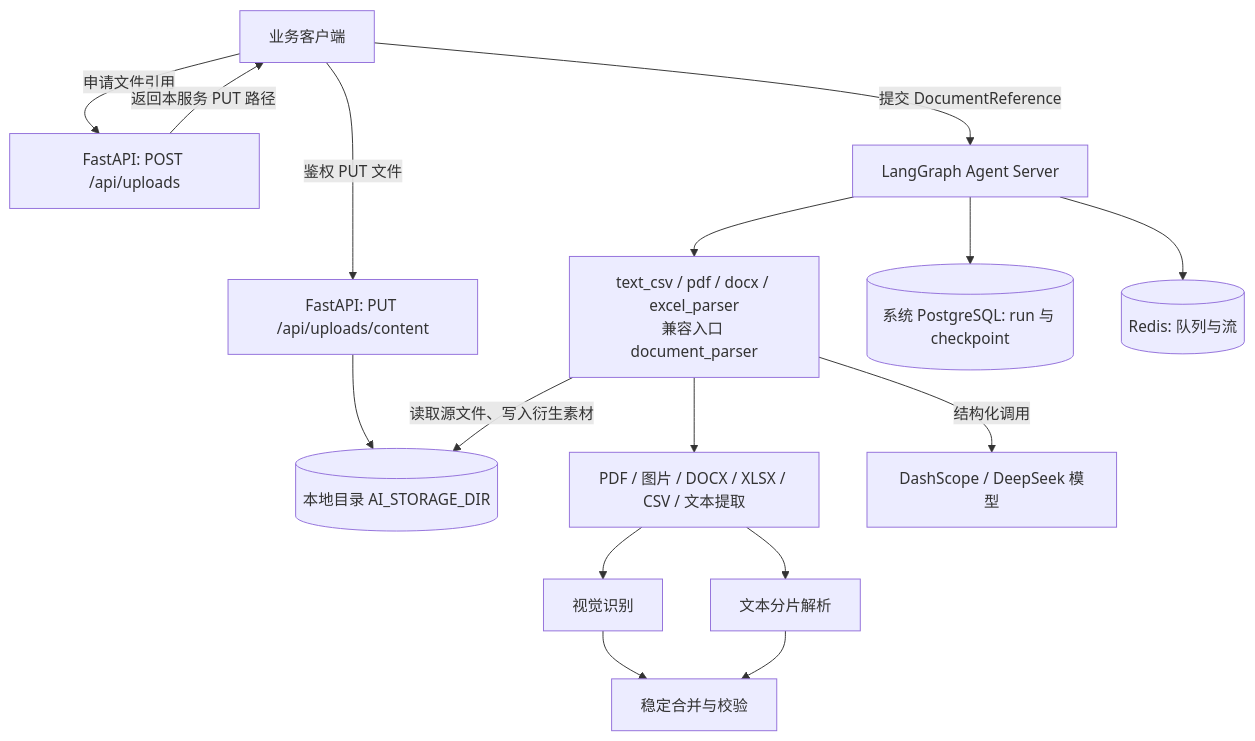
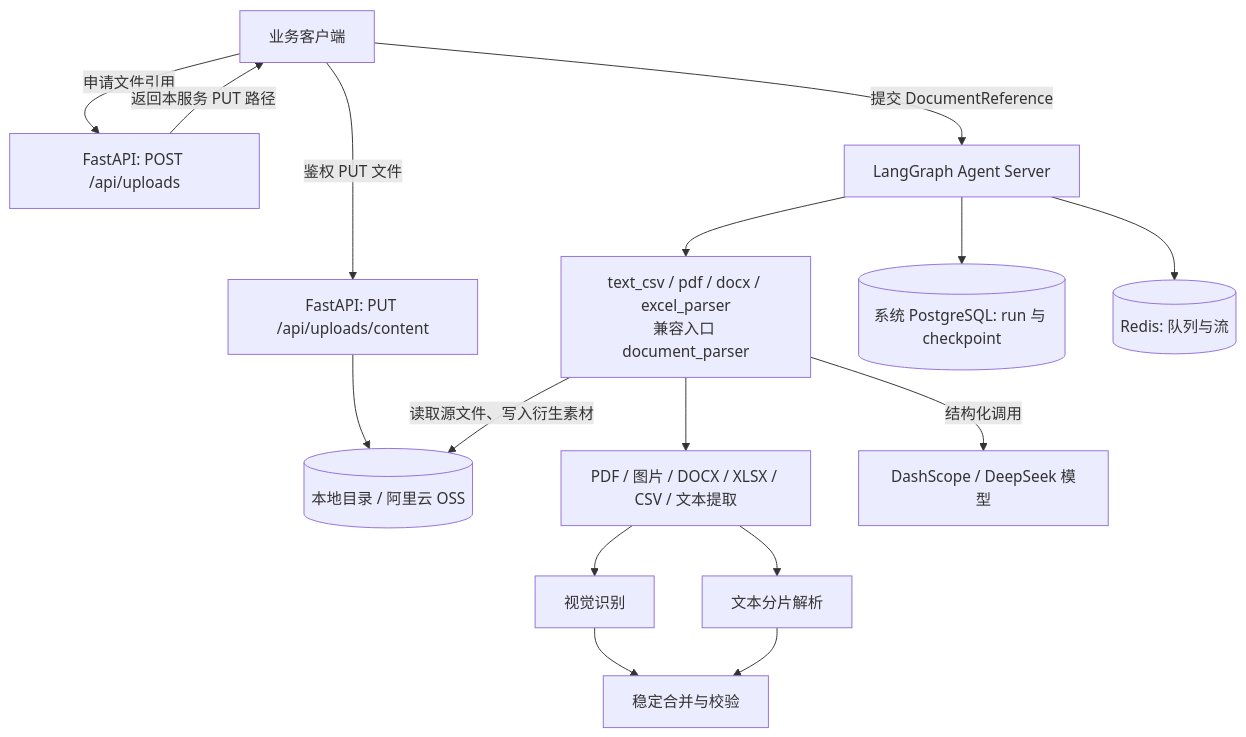
Before and after one commit to shenyankm/PractiQ: the diagram in server/README.md, drawn with Mermaid. The commit also changed other lines of this file and 6 other files, not shown here.

````diff
--- a/server/README.md
+++ b/server/README.md
@@ -33,18 +33,18 @@
 ```mermaid
 graph TD
     User["业务客户端"] -->|"申请文件引用"| Upload["FastAPI: POST /api/uploads"]
     Upload -->|"返回本服务 PUT 路径"| User
     User -->|"鉴权 PUT 文件"| Content["FastAPI: PUT /api/uploads/content"]
-    Content --> Storage[("本地目录 AI_STORAGE_DIR")]
+    Content --> Storage[("本地目录 / 阿里云 OSS")]
     User -->|"提交 DocumentReference"| Server["LangGraph Agent Server"]
     Server --> Parser["text_csv / pdf / docx / excel_parser<br/>兼容入口 document_parser"]
     Parser --> Extract["PDF / 图片 / DOCX / XLSX / CSV / 文本提取"]
     Extract --> Vision["视觉识别"]
     Extract --> Chunk["文本分片解析"]
     Vision --> Merge["稳定合并与校验"]
     Chunk --> Merge
     Parser -->|"读取源文件、写入衍生素材"| Storage
     Parser -->|"结构化调用"| Model["DashScope / DeepSeek 模型"]
     Server --> PG[("系统 PostgreSQL: run 与 checkpoint")]
     Server --> Redis[("Redis: 队列与流")]
 ```
````
